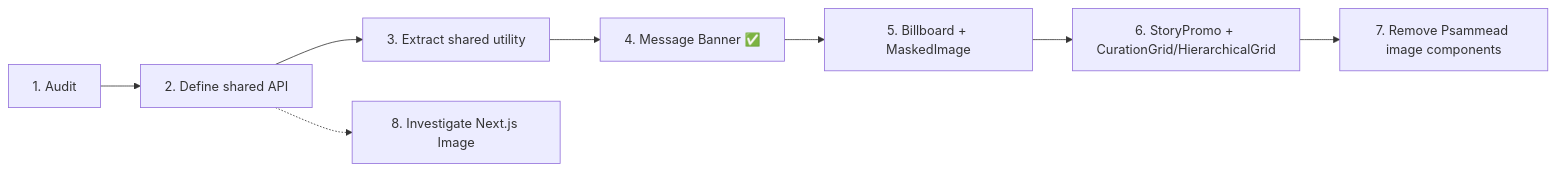
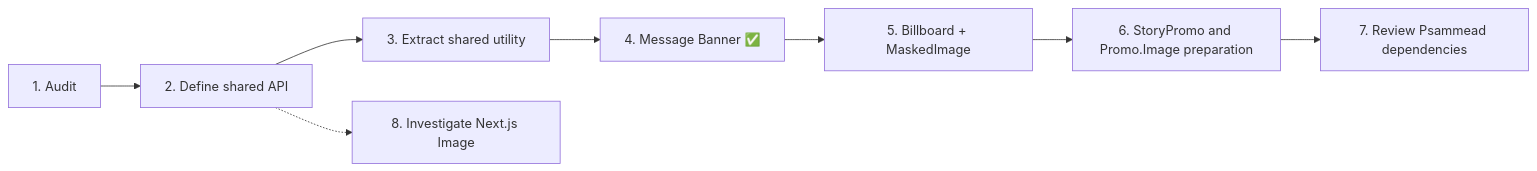
One commit to bbc/simorgh changed the third of 3 diagrams in docs/Image-Component-Migration-Plan.mdx. Above: the diagram before and after it, drawn with Mermaid. The commit also changed other lines of this file, not shown here.

Commit message:
Correct image migration audit

````diff
--- a/docs/Image-Component-Migration-Plan.mdx
+++ b/docs/Image-Component-Migration-Plan.mdx
@@ -72,10 +77,10 @@
 ```mermaid
 flowchart LR
     A[1. Audit] --> B[2. Define shared API]
     B --> C[3. Extract shared utility]
     C --> D[4. Message Banner ✅]
     D --> E[5. Billboard + MaskedImage]
-    E --> F[6. StoryPromo + CurationGrid/HierarchicalGrid]
-    F --> G[7. Remove Psammead image components]
+   E --> F[6. StoryPromo and Promo.Image preparation]
+   F --> G[7. Review Psammead dependencies]
     B -.-> H[8. Investigate Next.js Image]
 ```
````
